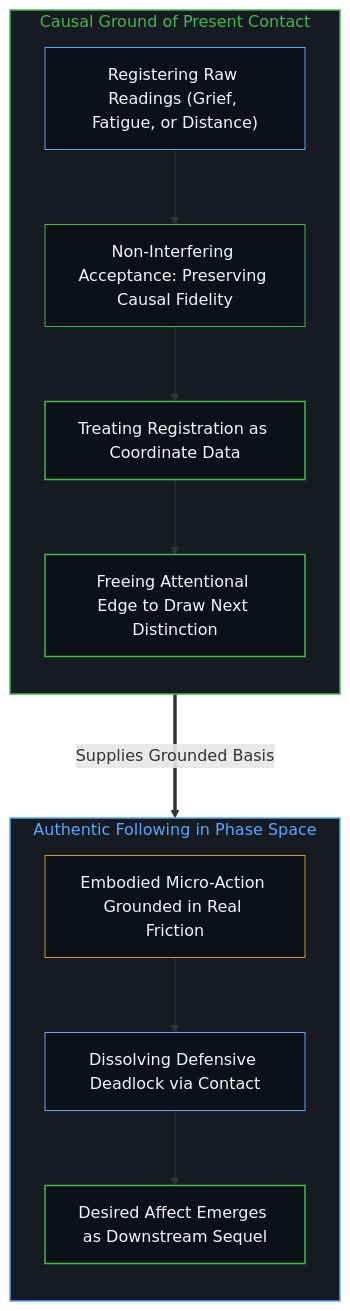
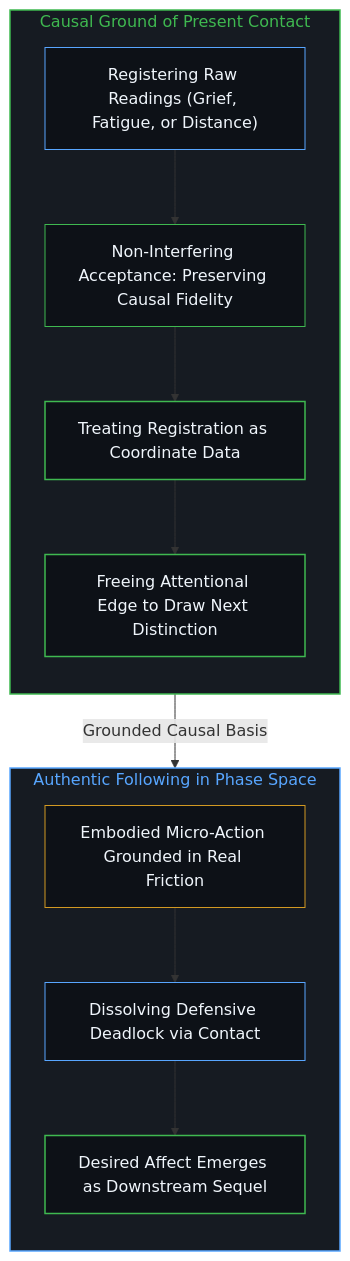
One commit to powerpig99/not-a-toe changed the fourth of 6 diagrams in content/posts/present-contact-and-the-obscuration-of-desired-feeling.md. Above: the diagram before and after it, drawn with Mermaid. The commit also changed other lines of this file and 2 other files, not shown here.

Commit message:
Polish Post #385: streamline Mermaid connectors, clarify Heideggerian vs present registration, and anchor Call to Praxis

````diff
--- a/content/posts/present-contact-and-the-obscuration-of-desired-feeling.md
+++ b/content/posts/present-contact-and-the-obscuration-of-desired-feeling.md
@@ -109,27 +109,27 @@
 ```mermaid
 graph TD
     subgraph S_Contact_EN ["Causal Ground of Present Contact"]
         direction TB
         CE_Raw["Registering Raw Readings (Grief, Fatigue, or Distance)"] --> CE_Discipline["Non-Interfering Acceptance: Preserving Causal Fidelity"]
         CE_Discipline --> CE_Data["Treating Registration as Coordinate Data"]
         CE_Data --> CE_Open["Freeing Attentional Edge to Draw Next Distinction"]
     end
 
     subgraph S_Following_EN ["Authentic Following in Phase Space"]
         direction TB
         FE_Friction["Embodied Micro-Action Grounded in Real Friction"] --> FE_Resonance["Dissolving Defensive Deadlock via Contact"]
         FE_Resonance --> FE_Emergence["Desired Affect Emerges as Downstream Sequel"]
     end
 
-    CE_Open ===>|"Supplies Grounded Basis"| FE_Friction
+    CE_Open -->|"Grounded Causal Basis"| FE_Friction
 
     style S_Contact_EN fill:#161b22,stroke:#3fb950,stroke-width:1.5px,color:#3fb950
     style S_Following_EN fill:#161b22,stroke:#58a6ff,stroke-width:1.5px,color:#58a6ff
     style CE_Raw fill:#0d1117,stroke:#58a6ff,stroke-width:1px,color:#f0f6fc
     style CE_Discipline fill:#0d1117,stroke:#3fb950,stroke-width:1px,color:#f0f6fc
     style CE_Data fill:#0d1117,stroke:#3fb950,stroke-width:1.5px,color:#f0f6fc
     style CE_Open fill:#0d1117,stroke:#3fb950,stroke-width:1.5px,color:#f0f6fc
     style FE_Friction fill:#0d1117,stroke:#d29922,stroke-width:1px,color:#f0f6fc
     style FE_Resonance fill:#0d1117,stroke:#58a6ff,stroke-width:1px,color:#f0f6fc
     style FE_Emergence fill:#0d1117,stroke:#3fb950,stroke-width:1.5px,color:#f0f6fc
 ```
````
